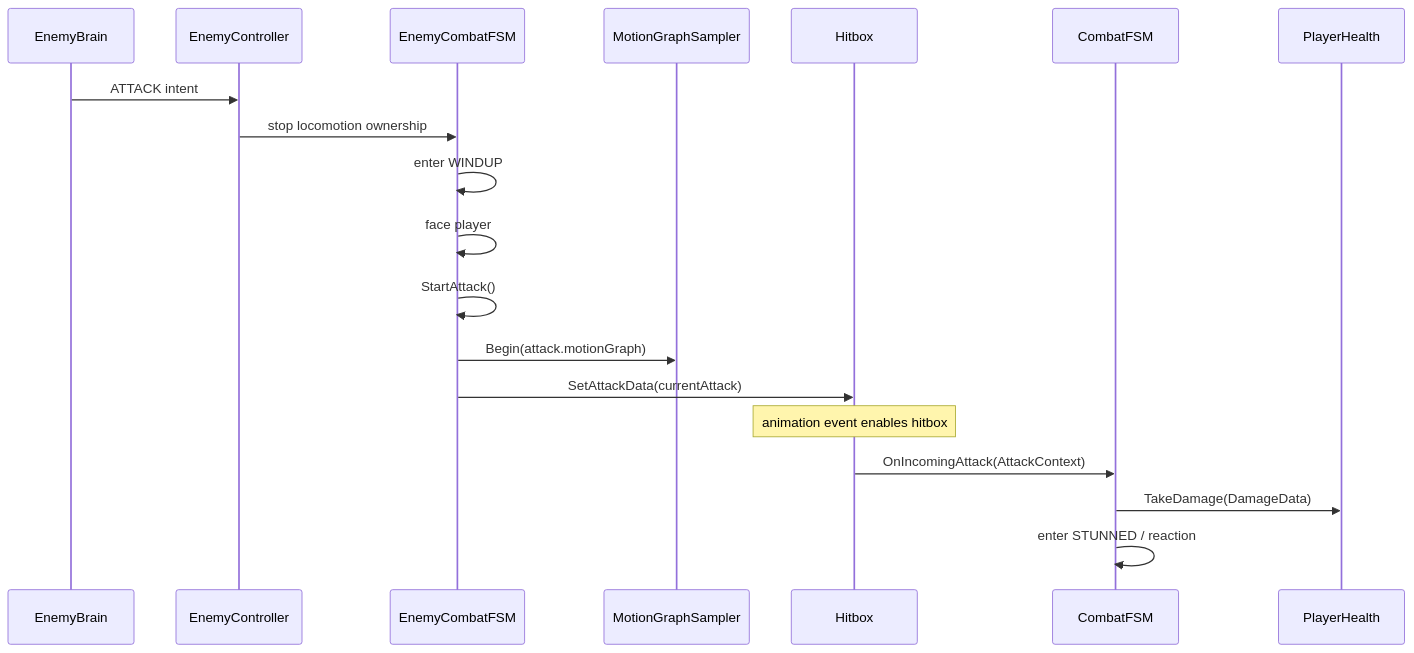
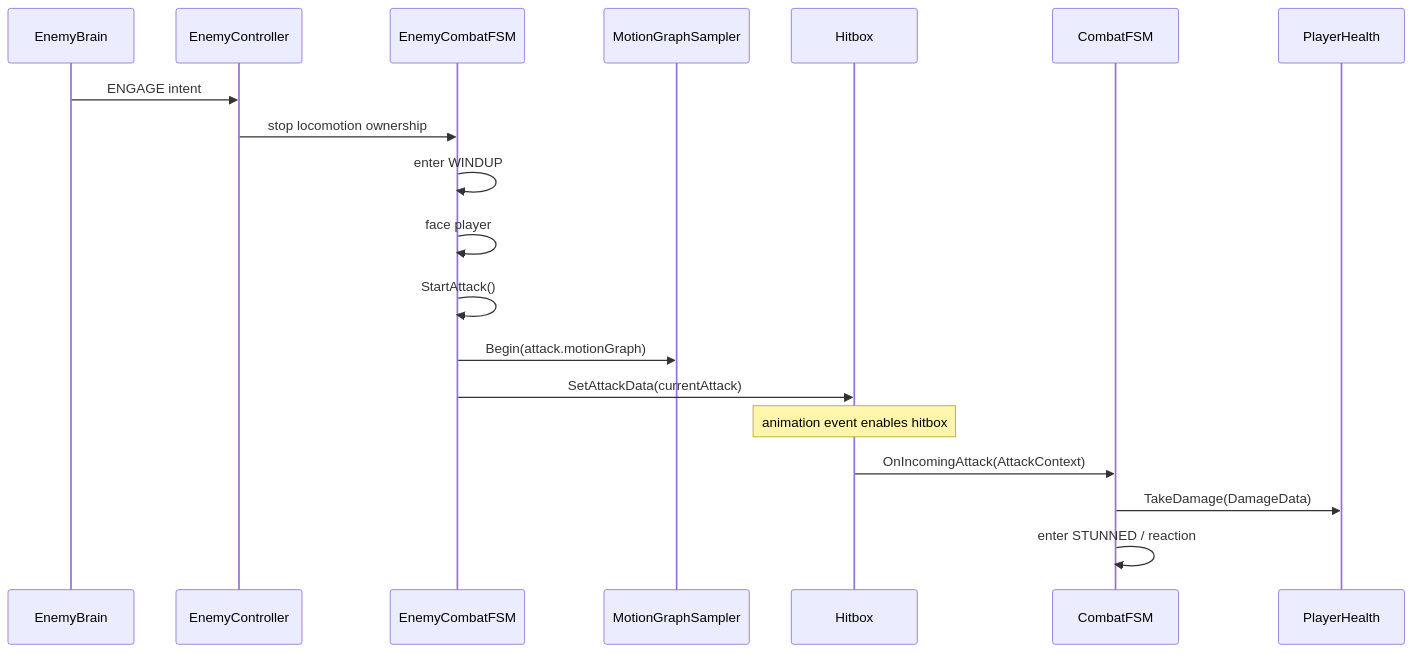
The second of 2 diagrams in Docs/CombatDesign.md (Rakshit-Ranjan/CombatSystem), drawn with Mermaid before and after one commit. The commit also changed 20 other files, not shown here.

````diff
--- a/Docs/CombatDesign.md
+++ b/Docs/CombatDesign.md
@@ -119,22 +119,22 @@
 ```mermaid
 sequenceDiagram
     participant Brain as EnemyBrain
     participant Controller as EnemyController
     participant Combat as EnemyCombatFSM
     participant MG as MotionGraphSampler
     participant HB as Hitbox
     participant Player as CombatFSM
     participant Health as PlayerHealth
 
-    Brain->>Controller: ATTACK intent
+    Brain->>Controller: ENGAGE intent
     Controller->>Combat: stop locomotion ownership
     Combat->>Combat: enter WINDUP
     Combat->>Combat: face player
     Combat->>Combat: StartAttack()
     Combat->>MG: Begin(attack.motionGraph)
     Combat->>HB: SetAttackData(currentAttack)
     Note over HB: animation event enables hitbox
     HB->>Player: OnIncomingAttack(AttackContext)
     Player->>Health: TakeDamage(DamageData)
     Player->>Player: enter STUNNED / reaction
 ```
````
